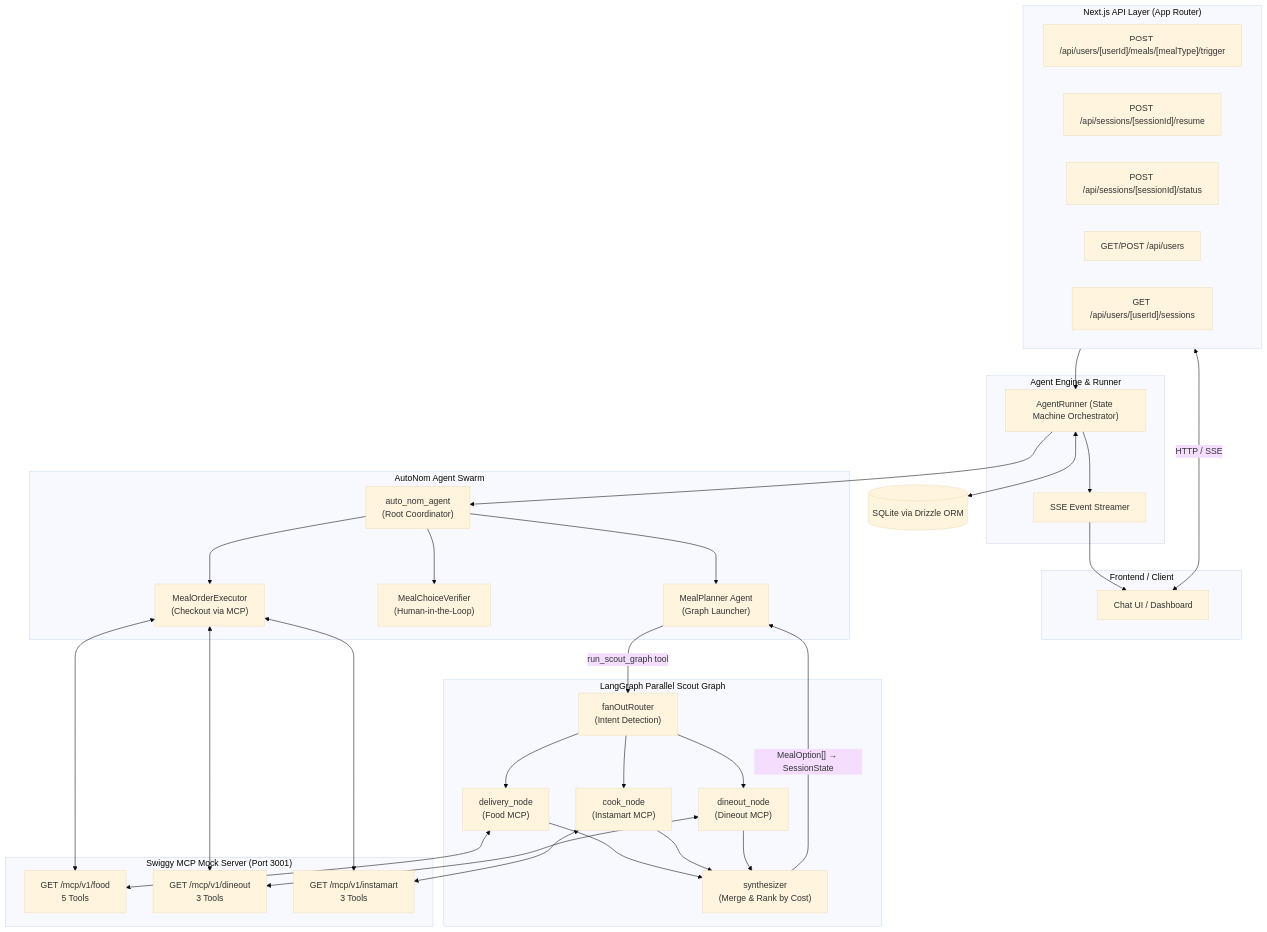
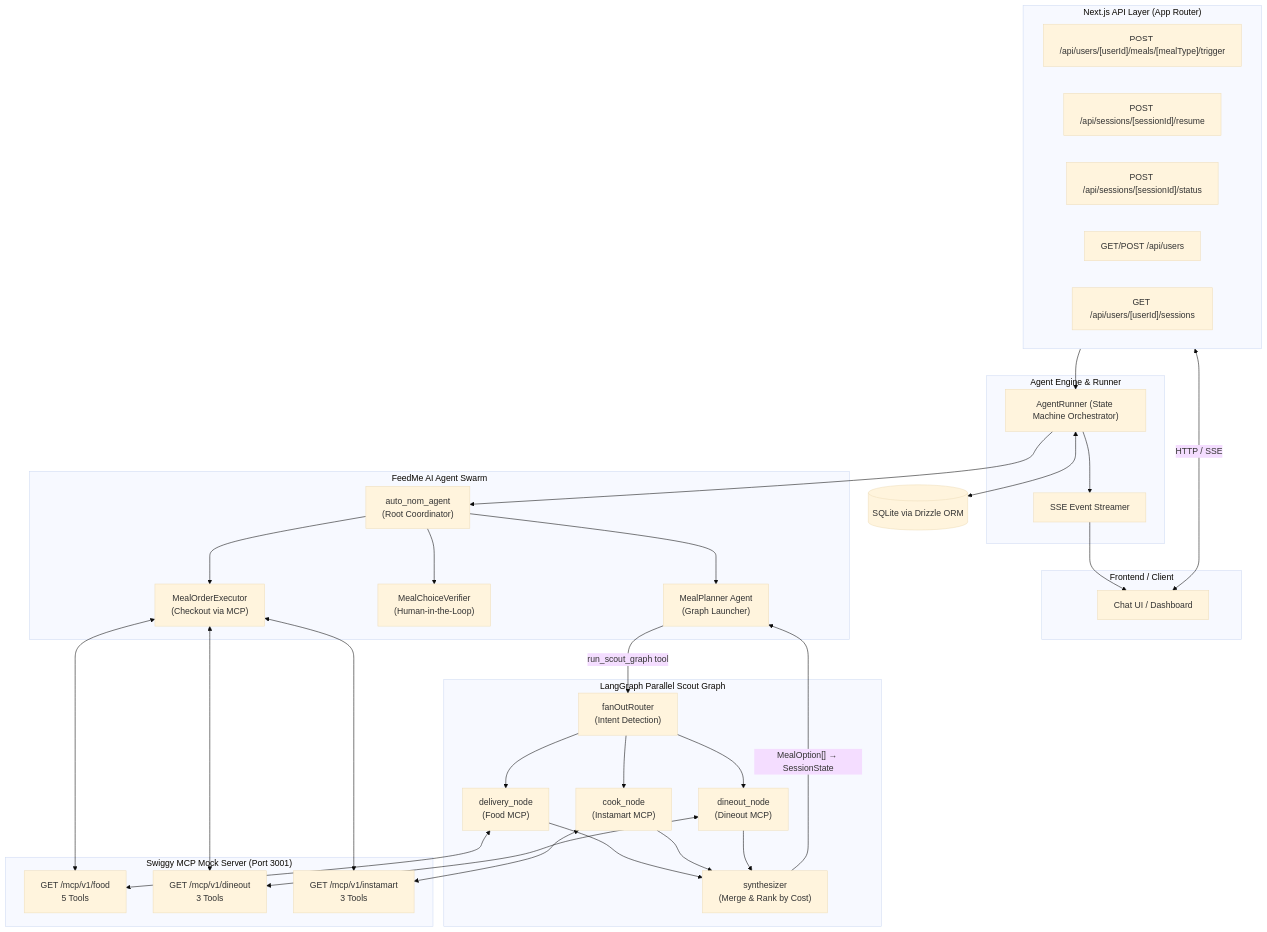
Before and after one commit to Akshat-1672/Meal-agents: the first of 2 diagrams in backend/README.md, drawn with Mermaid (base theme). The commit also changed other lines of this file and 17 other files, not shown here.

````diff
--- a/backend/README.md
+++ b/backend/README.md
@@ -11,61 +11,61 @@
 ```mermaid
 flowchart TD
     subgraph Frontend["Frontend / Client"]
         UI["Chat UI / Dashboard"]
     end
 
     subgraph API_Layer["Next.js API Layer (App Router)"]
         TriggerRoute["POST /api/users/[userId]/meals/[mealType]/trigger"]
         ResumeRoute["POST /api/sessions/[sessionId]/resume"]
         StatusRoute["POST /api/sessions/[sessionId]/status"]
         UsersRoute["GET/POST /api/users"]
         SessionRoute["GET /api/users/[userId]/sessions"]
     end
 
     subgraph Core_Engine["Agent Engine & Runner"]
         Runner["AgentRunner (State Machine Orchestrator)"]
         SSE["SSE Event Streamer"]
     end
 
-    subgraph Agent_Hierarchy["AutoNom Agent Swarm"]
+    subgraph Agent_Hierarchy["FeedMe AI Agent Swarm"]
         RootAgent["auto_nom_agent\n(Root Coordinator)"]
         MealPlanner["MealPlanner Agent\n(Graph Launcher)"]
         ChoiceVerifier["MealChoiceVerifier\n(Human-in-the-Loop)"]
         OrderExecutor["MealOrderExecutor\n(Checkout via MCP)"]
     end
 
     subgraph LangGraph_Graph["LangGraph Parallel Scout Graph"]
         Router["fanOutRouter\n(Intent Detection)"]
         DeliveryNode["delivery_node\n(Food MCP)"]
         CookNode["cook_node\n(Instamart MCP)"]
         DineoutNode["dineout_node\n(Dineout MCP)"]
         Synthesizer["synthesizer\n(Merge & Rank by Cost)"]
     end
 
     subgraph MCP_Server["Swiggy MCP Mock Server (Port 3001)"]
         FoodMCP["GET /mcp/v1/food\n5 Tools"]
         DineoutMCP["GET /mcp/v1/dineout\n3 Tools"]
         InstamartMCP["GET /mcp/v1/instamart\n3 Tools"]
     end
 
     DB[(SQLite via Drizzle ORM)]
 
     UI <-->|"HTTP / SSE"| API_Layer
     API_Layer --> Runner
     Runner --> SSE --> UI
     Runner <--> DB
     Runner --> RootAgent
     RootAgent --> MealPlanner
     RootAgent --> ChoiceVerifier
     RootAgent --> OrderExecutor
 
     MealPlanner -->|"run_scout_graph tool"| Router
     Router --> DeliveryNode & CookNode & DineoutNode
     DeliveryNode & CookNode & DineoutNode --> Synthesizer
     Synthesizer -->|"MealOption[] → SessionState"| MealPlanner
 
     DeliveryNode <--> FoodMCP
     CookNode <--> InstamartMCP
     DineoutNode <--> DineoutMCP
     OrderExecutor <--> FoodMCP & InstamartMCP & DineoutMCP
 ```
````
